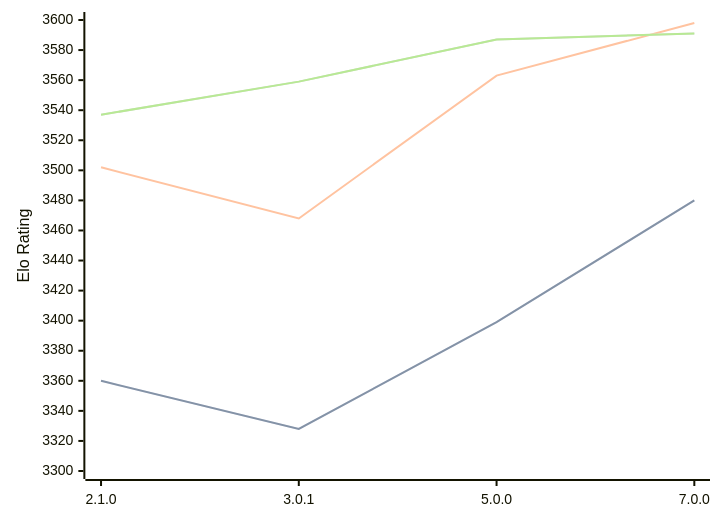
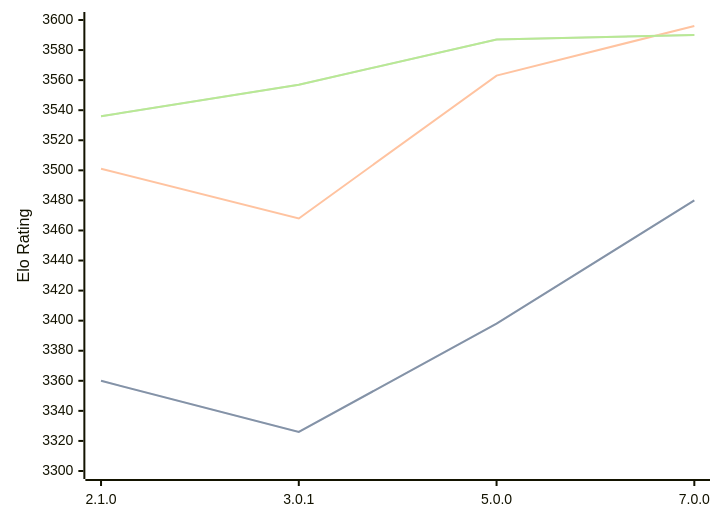
Before and after one commit to computer-chess-index/cci: the diagram in engines/PlentyChess.md, drawn with Mermaid. The commit also changed other lines of this file, not shown here.

Commit message:
Update CCI Ratings (ELO VLTC) - 2026-04-17

````diff
--- a/engines/PlentyChess.md
+++ b/engines/PlentyChess.md
@@ -45,11 +45,11 @@
 ```mermaid
 %%{init: {"theme":"base","themeVariables":{"seriesColors:['#a3a3a3','#222221','#faa371']}}}%%
 xychart-beta
   x-axis ["2.1.0", "3.0.1", "5.0.0", "7.0.0"]
   y-axis "Elo Rating" 3300 --> 3600
-  line "STC (8.0+0.08s)" [3360, 3328, 3399, 3480]
-  line "STC (8.0+0.08s)" [3360, 3328, 3399, 3480]
-  line "LTC (60.0+0.60s)" [3502, 3468, 3563, 3598]
-  line "VLTC (2m24s+1.12s)" [3537, 3559, 3587, 3591]
-  line "VLTC (2m24s+1.12s)" [3537, 3559, 3587, 3591]
+  line "STC (8.0+0.08s)" [3360, 3326, 3398, 3480]
+  line "STC (8.0+0.08s)" [3360, 3326, 3398, 3480]
+  line "LTC (60.0+0.60s)" [3501, 3468, 3563, 3596]
+  line "VLTC (2m24s+1.12s)" [3536, 3557, 3587, 3590]
+  line "VLTC (2m24s+1.12s)" [3536, 3557, 3587, 3590]
 ```
````
